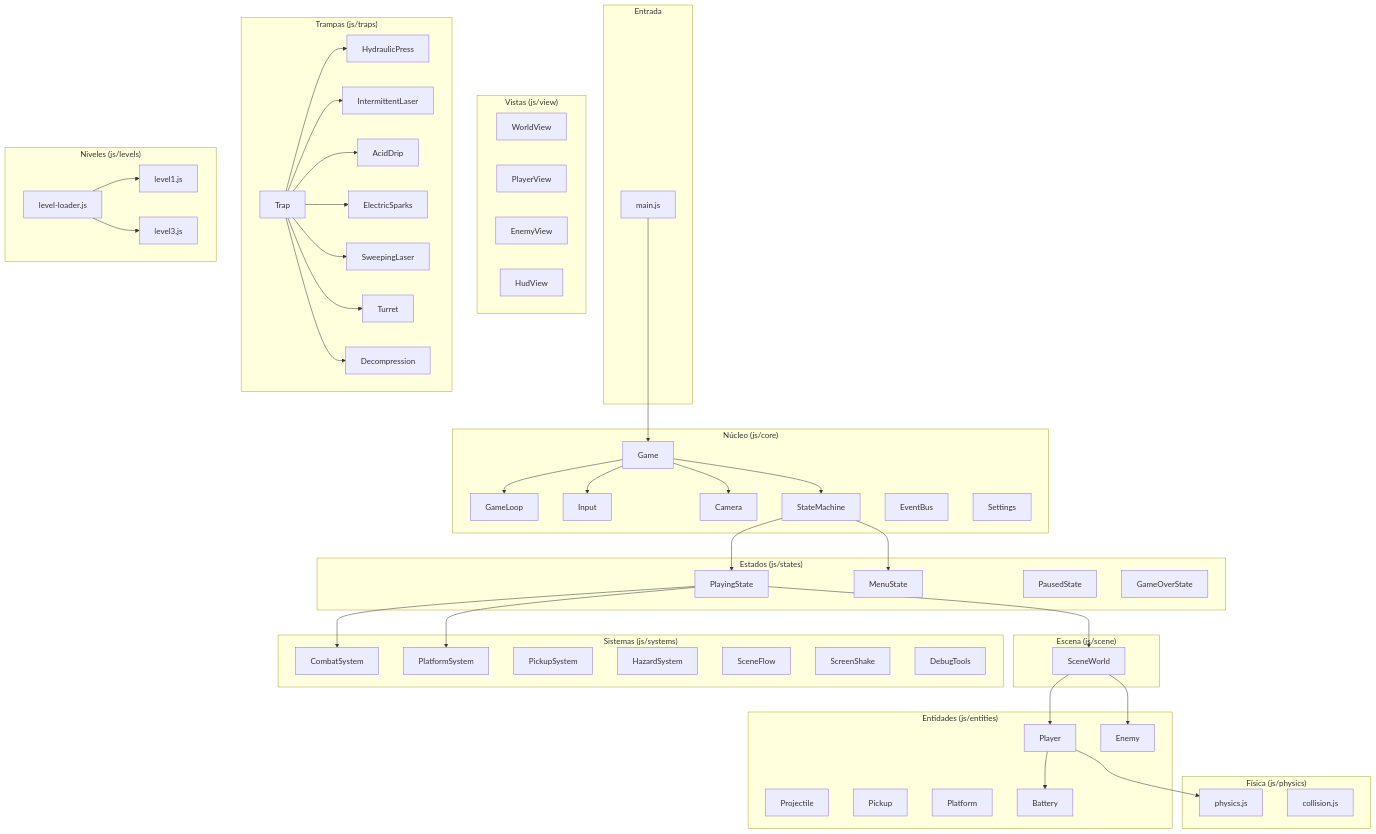
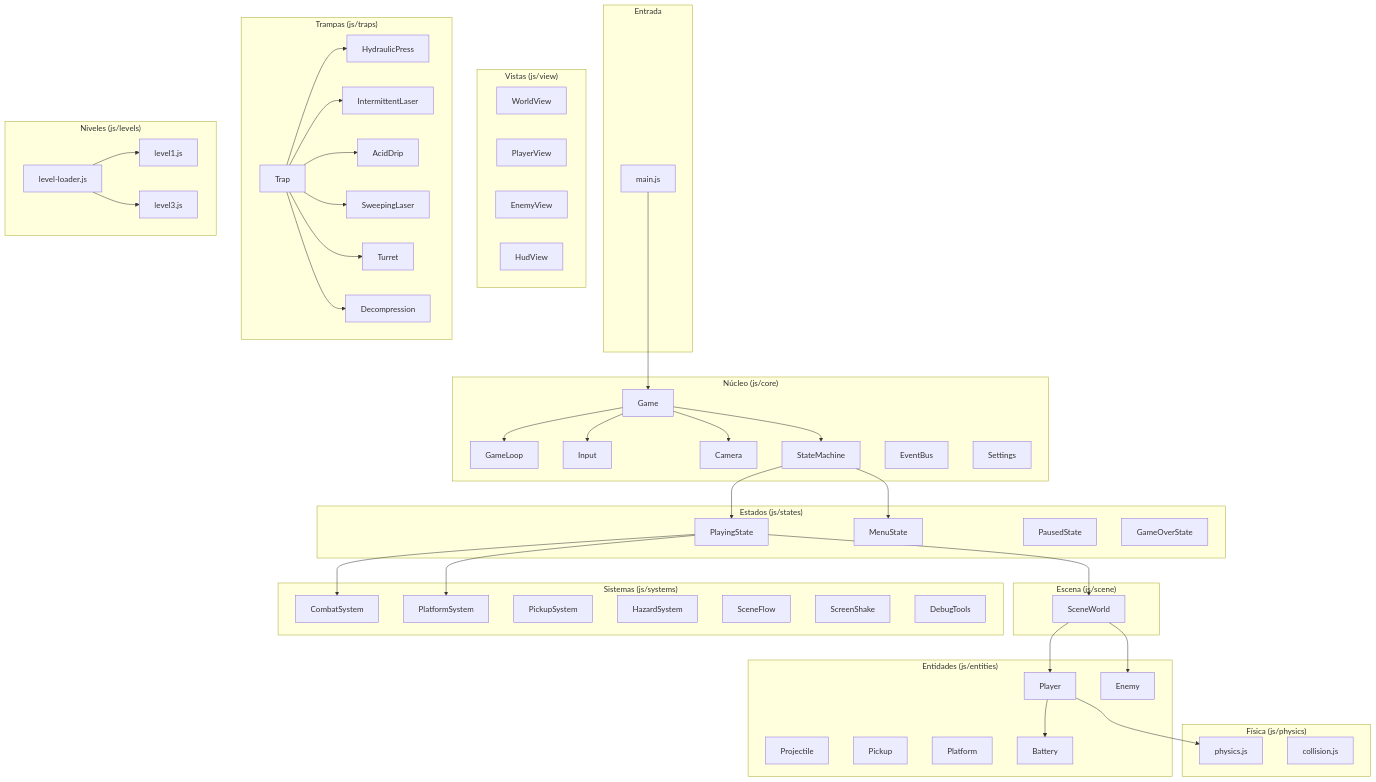
One commit to LDP23/perdida changed the diagram in docs/ARQUITECTURA.md. Above: the diagram before and after it, drawn with Mermaid. The commit also changed 46 other files, not shown here.

```diff
--- a/docs/ARQUITECTURA.md
+++ b/docs/ARQUITECTURA.md
@@ -73,7 +73,6 @@
         HydPress[HydraulicPress]
         IntLaser[IntermittentLaser]
         AcDrip[AcidDrip]
-        ElSparks[ElectricSparks]
         SwLaser[SweepingLaser]
         TurretTrap[Turret]
         Decomp[Decompression]
@@ -104,7 +103,6 @@
     TrapBase --> HydPress
     TrapBase --> IntLaser
     TrapBase --> AcDrip
-    TrapBase --> ElSparks
     TrapBase --> SwLaser
     TrapBase --> TurretTrap
     TrapBase --> Decomp
```
